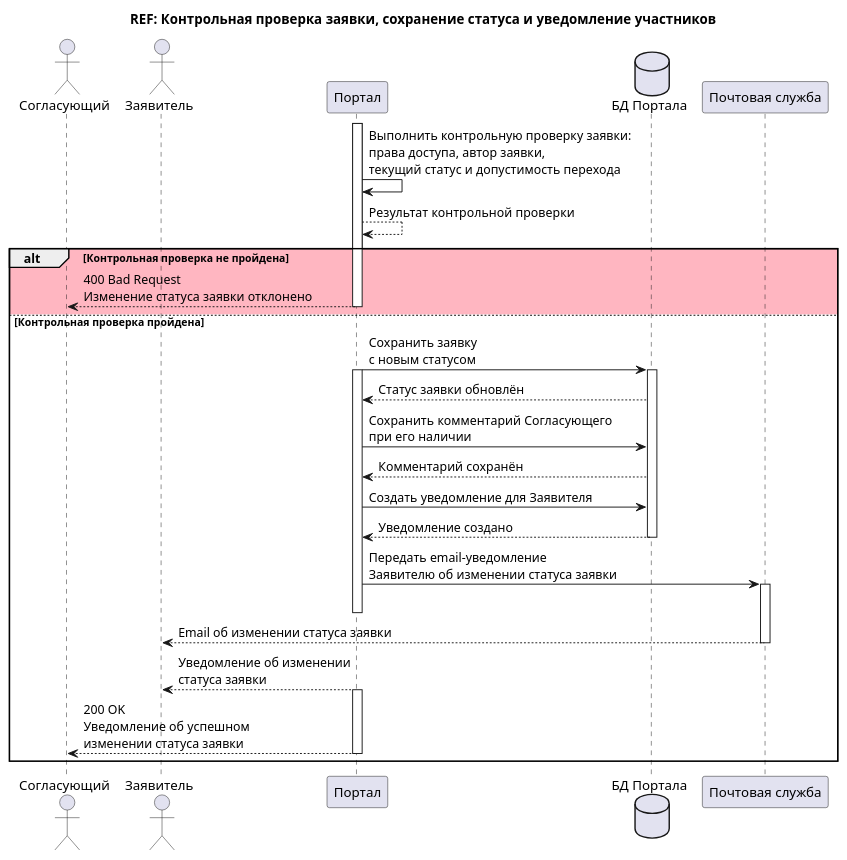
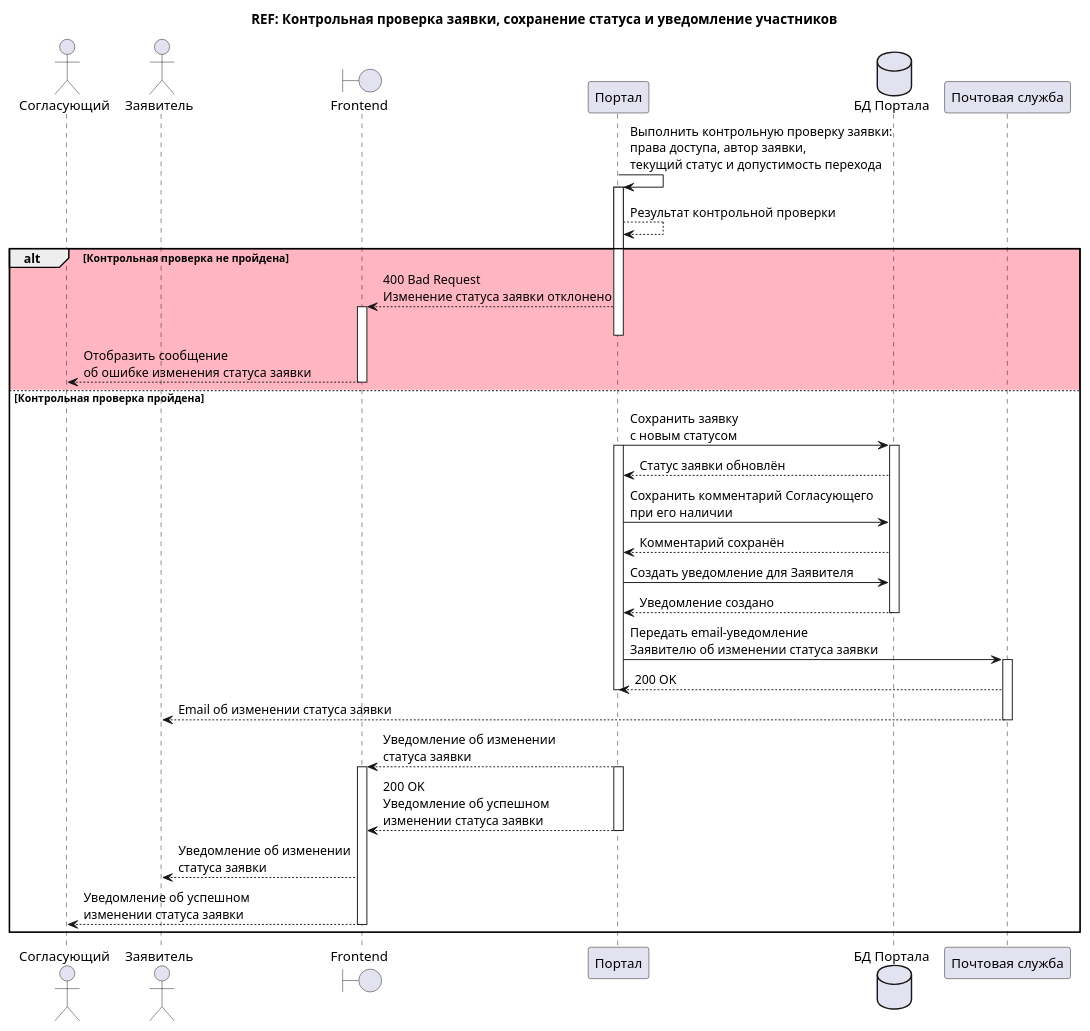
The diagram in source/sequence/ref_update_status_and_notify.plantuml (TrofimovMax/Information-Security-System), drawn with PlantUML before and after one commit. The commit also changed 3 other files, not shown here.

Commit message:
improvement: adds frontend boundary for sequence diagrams FINAL

```diff
--- a/source/sequence/ref_update_status_and_notify.plantuml
+++ b/source/sequence/ref_update_status_and_notify.plantuml
@@ -1,40 +1,52 @@
 @startuml REF_UpdateStatusAndNotify
 title REF: Контрольная проверка заявки, сохранение статуса и уведомление участников
 
 actor "Согласующий" as Approver
 actor "Заявитель" as Requester
+boundary "Frontend" as Frontend
 participant "Портал" as Portal
 database "БД Портала" as DB
 participant "Почтовая служба" as Mail
 
+Portal -> Portal: Выполнить контрольную проверку заявки:\nправа доступа, автор заявки,\nтекущий статус и допустимость перехода
 activate Portal
-Portal -> Portal: Выполнить контрольную проверку заявки:\nправа доступа, автор заявки,\nтекущий статус и допустимость перехода
 Portal --> Portal: Результат контрольной проверки
 
 alt #LightPink Контрольная проверка не пройдена
-    Portal --> Approver: 400 Bad Request\nИзменение статуса заявки отклонено
+    Portal --> Frontend: 400 Bad Request\nИзменение статуса заявки отклонено
+    activate Frontend
     deactivate Portal
+    Frontend --> Approver: Отобразить сообщение\nоб ошибке изменения статуса заявки
+    deactivate Frontend
 else #White Контрольная проверка пройдена
     Portal -> DB: Сохранить заявку\nс новым статусом
     activate Portal
     activate DB
     DB --> Portal: Статус заявки обновлён
+
     Portal -> DB: Сохранить комментарий Согласующего\nпри его наличии
     DB --> Portal: Комментарий сохранён
+
     Portal -> DB: Создать уведомление для Заявителя
     DB --> Portal: Уведомление создано
     deactivate DB
 
     Portal -> Mail: Передать email-уведомление\nЗаявителю об изменении статуса заявки
     activate Mail
+    Mail --> Portal: 200 OK
     deactivate Portal
     Mail --> Requester: Email об изменении статуса заявки
     deactivate Mail
 
-    Portal --> Requester: Уведомление об изменении\nстатуса заявки
+    Portal --> Frontend: Уведомление об изменении\nстатуса заявки
     activate Portal
-    Portal --> Approver: 200 OK\nУведомление об успешном\nизменении статуса заявки
+    activate Frontend
+    Portal --> Frontend: 200 OK\nУведомление об успешном\nизменении статуса заявки
     deactivate Portal
+
+    Frontend --> Requester: Уведомление об изменении\nстатуса заявки
+    Frontend --> Approver: Уведомление об успешном\nизменении статуса заявки
+    deactivate Frontend
 end
 
 @enduml
```
